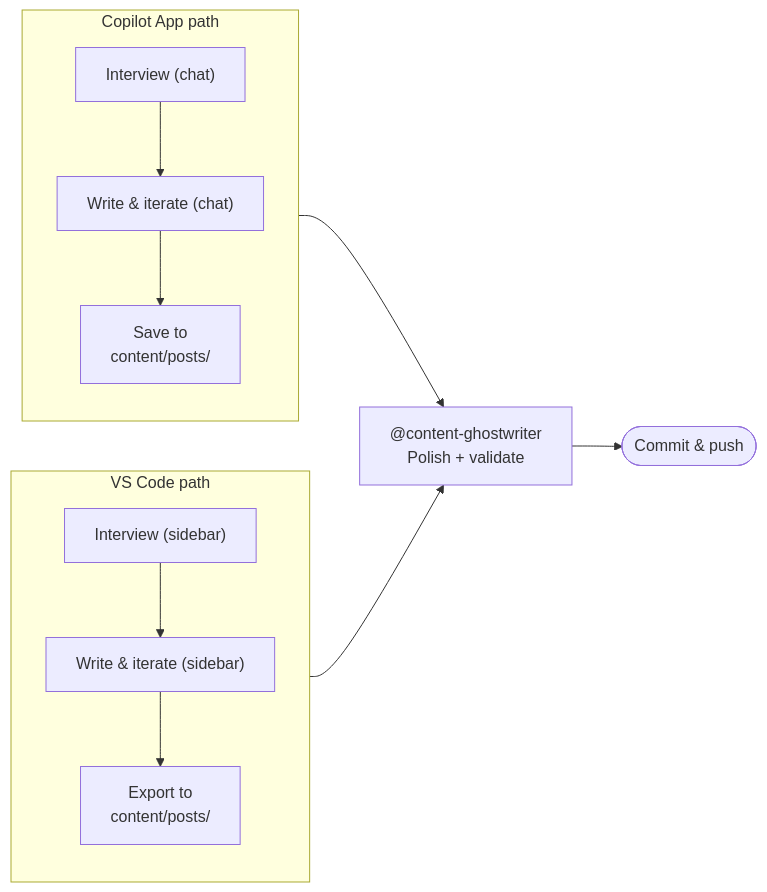
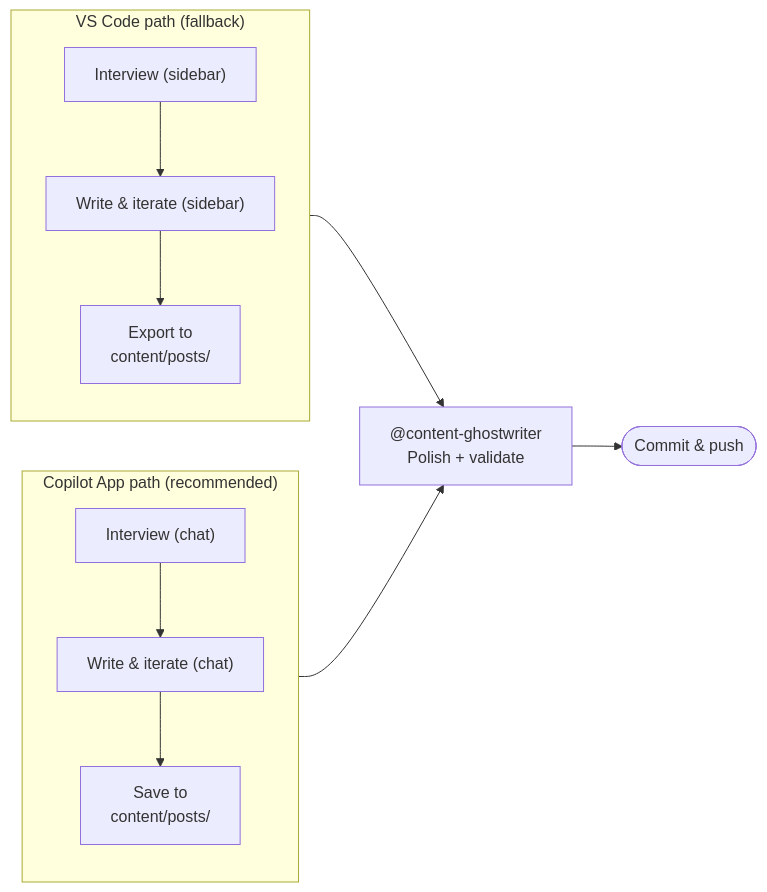
Before and after one commit to rpothin/rpothin.github.io: the first of 3 diagrams in docs/content-creation.md, drawn with Mermaid. The commit also changed other lines of this file, not shown here.

First line of the commit message:
docs: promote Copilot App workflow as primary, VS Code as fallback

````diff
--- a/docs/content-creation.md
+++ b/docs/content-creation.md
@@ -87,14 +87,14 @@
 ```mermaid
 flowchart LR
-    subgraph vsc ["VS Code path"]
+    subgraph cop ["Copilot App path (recommended)"]
+        direction TB
+        C1["Interview (chat)"] --> C2["Write & iterate (chat)"] --> C3["Save to\ncontent/posts/"]
+    end
+    subgraph vsc ["VS Code path (fallback)"]
         direction TB
         V1["Interview (sidebar)"] --> V2["Write & iterate (sidebar)"] --> V3["Export to\ncontent/posts/"]
     end
-    subgraph cop ["Copilot App path"]
-        direction TB
-        C1["Interview (chat)"] --> C2["Write & iterate (chat)"] --> C3["Save to\ncontent/posts/"]
-    end
+    C3 --> PO
     V3 --> PO
-    C3 --> PO
     PO["@content-ghostwriter\nPolish + validate"] --> PB(["Commit & push"])
 ```
````
